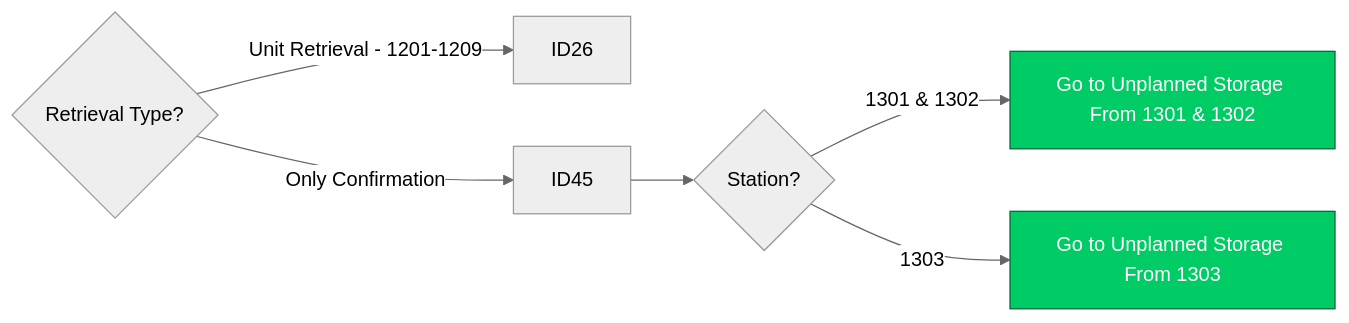
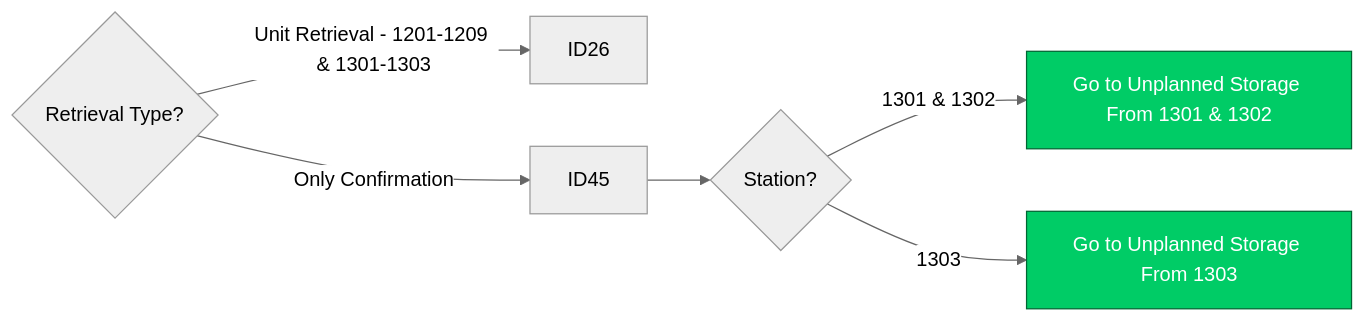
Before and after one commit to luthfiadityaa/SimeDarby-Wiki: the fourth of 16 diagrams in Basic-Design/DFD-WMS/Retrieval/Specific-Location-Retrieval-Setting.md, drawn with Mermaid (neutral theme).

Commit message:
Updated Specific Location Retrieval Setting

```diff
--- a/Basic-Design/DFD-WMS/Retrieval/Specific-Location-Retrieval-Setting.md
+++ b/Basic-Design/DFD-WMS/Retrieval/Specific-Location-Retrieval-Setting.md
@@ -31,12 +31,12 @@
 ::: mermaid
 flowchart LR
-Cond2{Retrieval Type?}--> |Unit Retrieval - 1201-1209| P13[ID26]
+Cond2{Retrieval Type?}--> |Unit Retrieval - 1201-1209 & 1301-1303| P13[ID26]
 Cond2{Retrieval Type?}--> |Only Confirmation| P14[ID45]-->Cond3{Station?}
 Cond3{Station?}-->|1301 & 1302| P15[Go to Unplanned Storage From 1301 & 1302]
 Cond3{Station?}-->|1303| P16[Go to Unplanned Storage From 1303] 
 
 click P15 "https://dev.azure.com/Daifuku-SW/ID_SimeDarbyPlantation/_wiki/wikis/ID_SimeDarbyPlantation.wiki/948/Unplanned-Storage-from-HP" "Go to HP"
 click P16 "https://dev.azure.com/Daifuku-SW/ID_SimeDarbyPlantation/_wiki/wikis/ID_SimeDarbyPlantation.wiki/880/Unplanned-Storage-from-OP-Area" "Go to OP"
 style P15 fill:#00cc66,stroke:#006633,color:#ffffff
 style P16 fill:#00cc66,stroke:#006633,color:#ffffff
 :::
```
